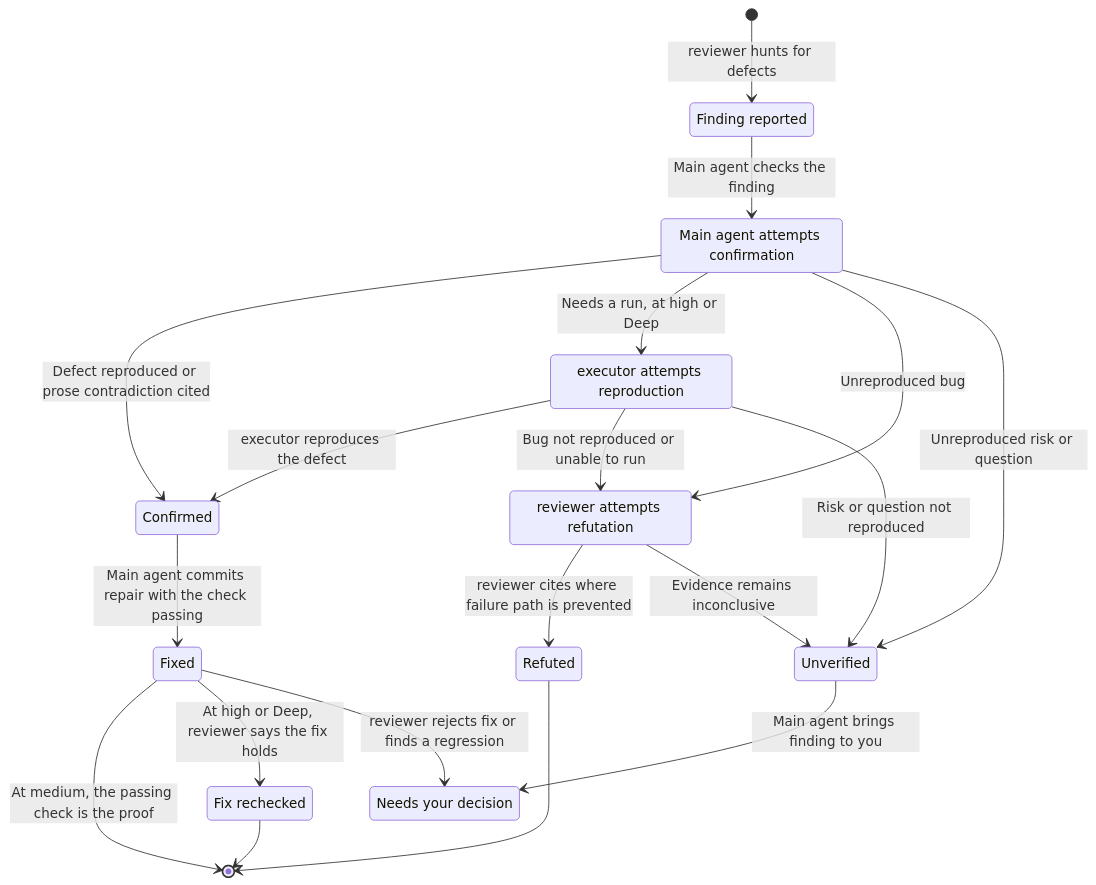
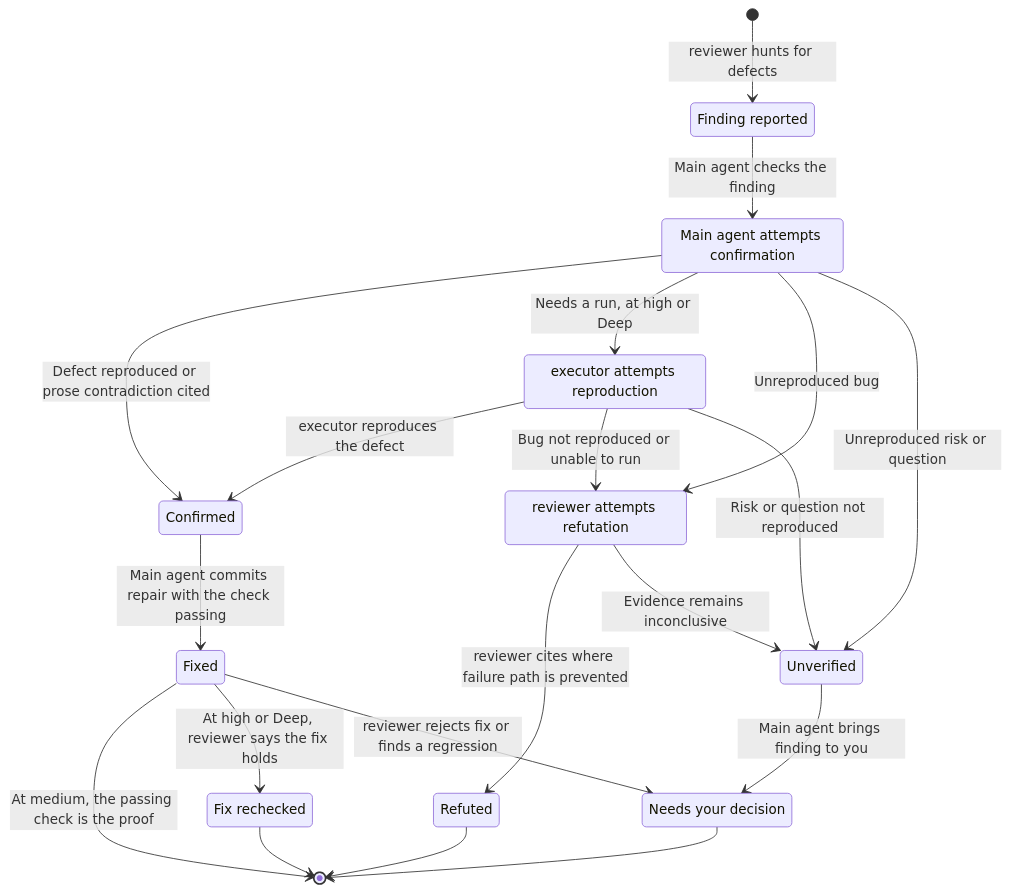
Before and after one commit to jvillegasd/harness: the diagram in docs/subagents.md, drawn with Mermaid. The commit also changed 3 other files, not shown here.

````diff
--- a/docs/subagents.md
+++ b/docs/subagents.md
@@ -35,32 +35,33 @@
 ```mermaid
 stateDiagram-v2
     state "Finding reported" as Reported
     state "Main agent attempts confirmation" as Confirmation
     state "executor attempts reproduction" as Reproduction
     state "reviewer attempts refutation" as Refutation
     state "Unverified" as Unverified
     state "Confirmed" as Confirmed
     state "Refuted" as Refuted
     state "Fixed" as Fixed
     state "Fix rechecked" as Rechecked
     state "Needs your decision" as Decision
 
     [*] --> Reported: reviewer hunts for defects
     Reported --> Confirmation: Main agent checks the finding
     Confirmation --> Confirmed: Defect reproduced or prose contradiction cited
     Confirmation --> Reproduction: Needs a run, at high or Deep
     Confirmation --> Refutation: Unreproduced bug
     Confirmation --> Unverified: Unreproduced risk or question
     Reproduction --> Confirmed: executor reproduces the defect
     Reproduction --> Refutation: Bug not reproduced or unable to run
     Reproduction --> Unverified: Risk or question not reproduced
     Refutation --> Refuted: reviewer cites where failure path is prevented
     Refutation --> Unverified: Evidence remains inconclusive
     Unverified --> Decision: Main agent brings finding to you
     Confirmed --> Fixed: Main agent commits repair with the check passing
     Fixed --> [*]: At medium, the passing check is the proof
     Fixed --> Rechecked: At high or Deep, reviewer says the fix holds
     Fixed --> Decision: reviewer rejects fix or finds a regression
     Rechecked --> [*]
     Refuted --> [*]
+    Decision --> [*]
 ```
````
